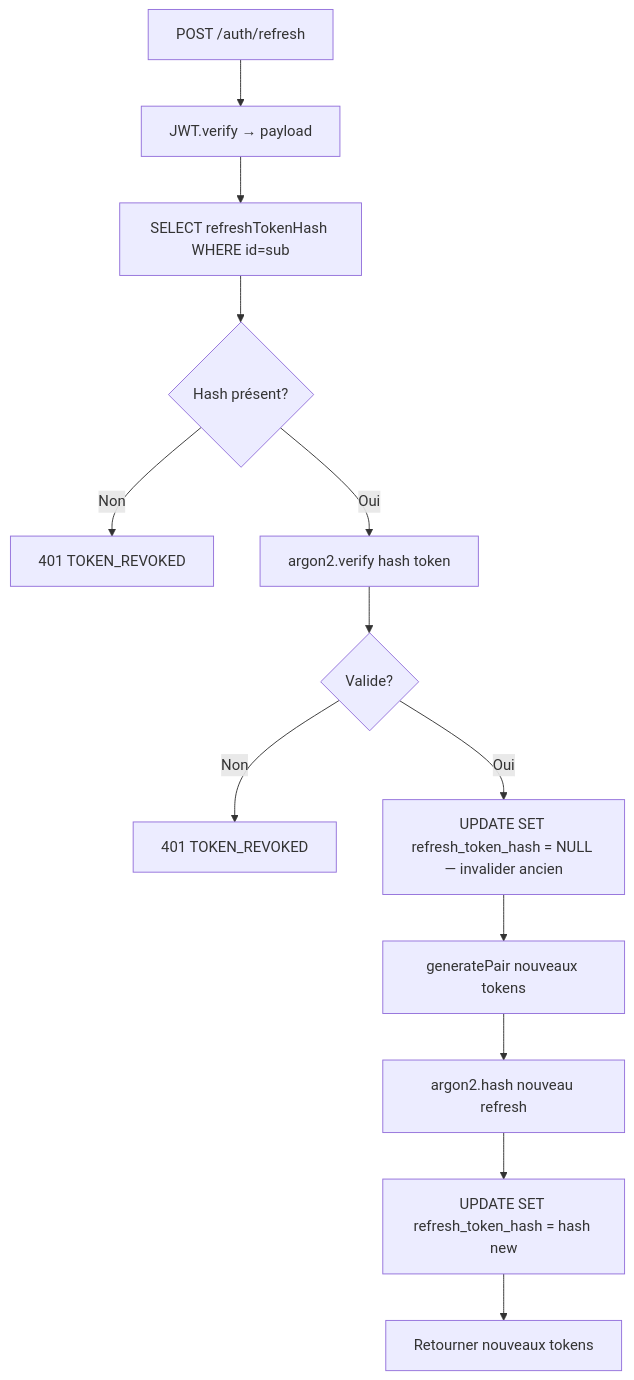
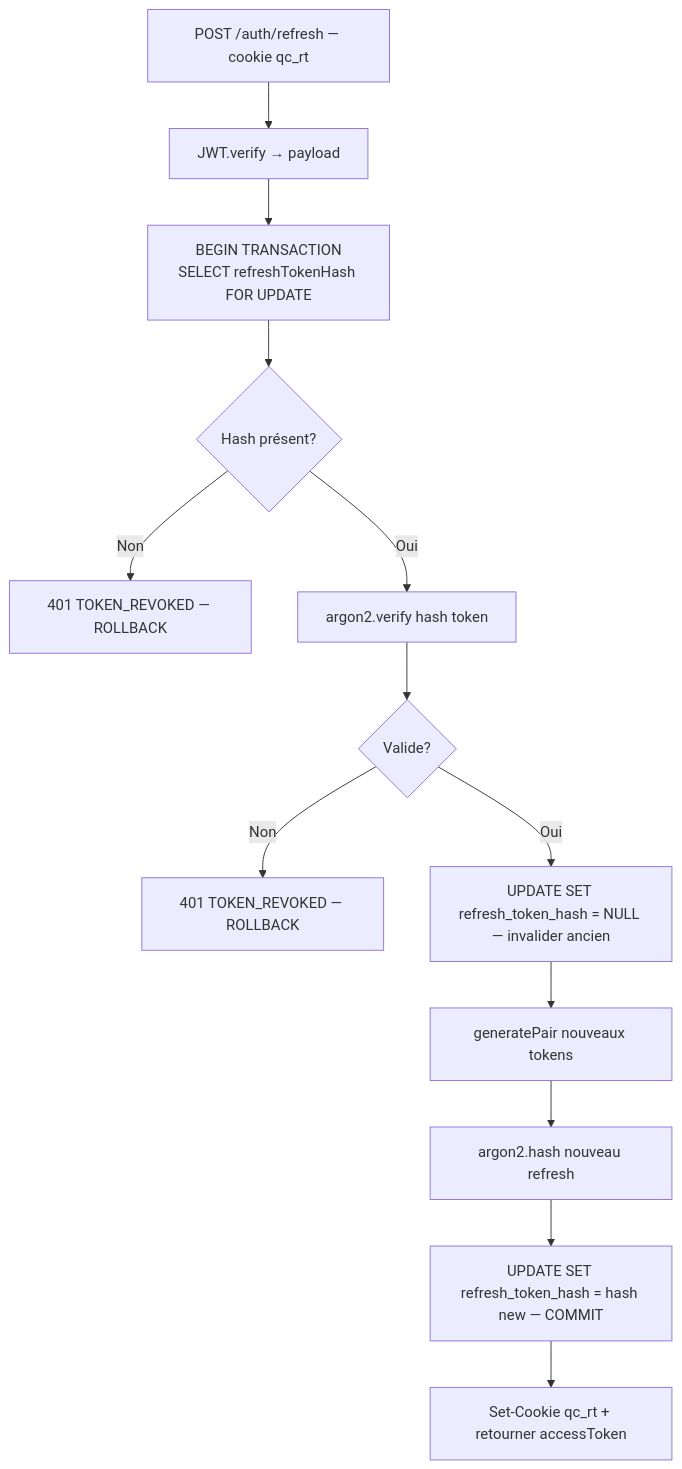
One commit to creibaud/QuartierConnect changed the second of 2 diagrams in docs/SECURITY.md. Above: the diagram before and after it, drawn with Mermaid. The commit also changed other lines of this file and 28 other files, not shown here.

First line of the commit message:
feat(auth): implement access token revocation and management

````diff
--- a/docs/SECURITY.md
+++ b/docs/SECURITY.md
@@ -184,15 +195,15 @@
 ```mermaid
 flowchart TD
-    A[POST /auth/refresh] --> B[JWT.verify → payload]
-    B --> C[SELECT refreshTokenHash WHERE id=sub]
+    A[POST /auth/refresh — cookie qc_rt] --> B[JWT.verify → payload]
+    B --> C["BEGIN TRANSACTION<br/>SELECT refreshTokenHash FOR UPDATE"]
     C --> D{Hash présent?}
-    D -->|Non| E[401 TOKEN_REVOKED]
+    D -->|Non| E[401 TOKEN_REVOKED — ROLLBACK]
     D -->|Oui| F[argon2.verify hash token]
     F --> G{Valide?}
-    G -->|Non| H[401 TOKEN_REVOKED]
+    G -->|Non| H[401 TOKEN_REVOKED — ROLLBACK]
     G -->|Oui| I[UPDATE SET refresh_token_hash = NULL — invalider ancien]
     I --> J[generatePair nouveaux tokens]
     J --> K[argon2.hash nouveau refresh]
-    K --> L[UPDATE SET refresh_token_hash = hash new]
-    L --> M[Retourner nouveaux tokens]
+    K --> L[UPDATE SET refresh_token_hash = hash new — COMMIT]
+    L --> M[Set-Cookie qc_rt + retourner accessToken]
 ```
````
